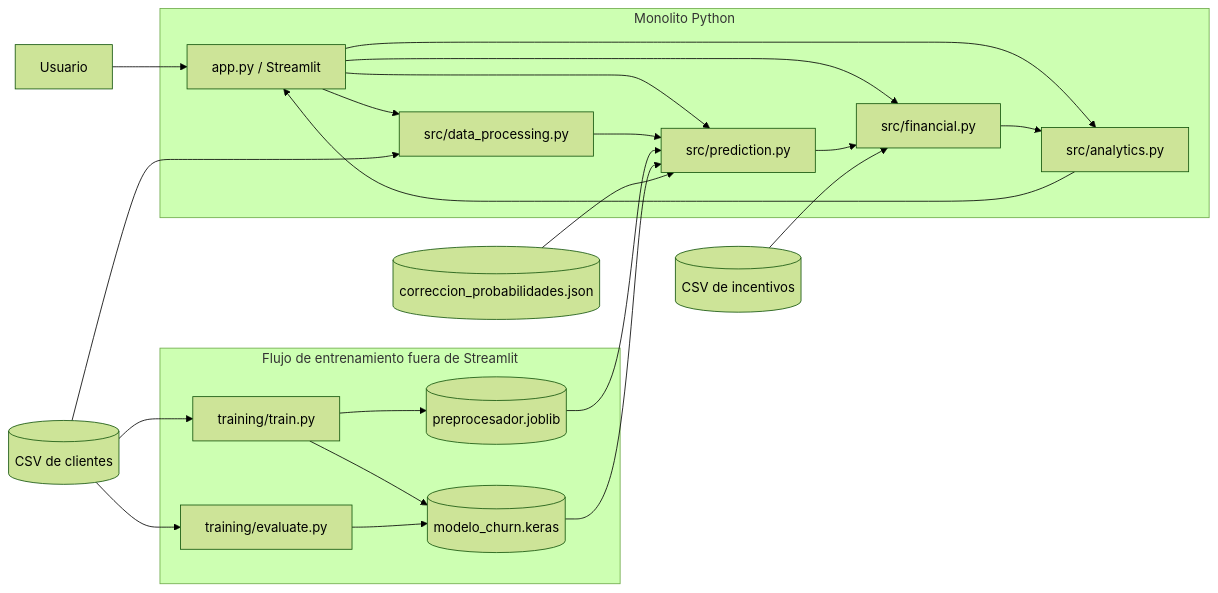
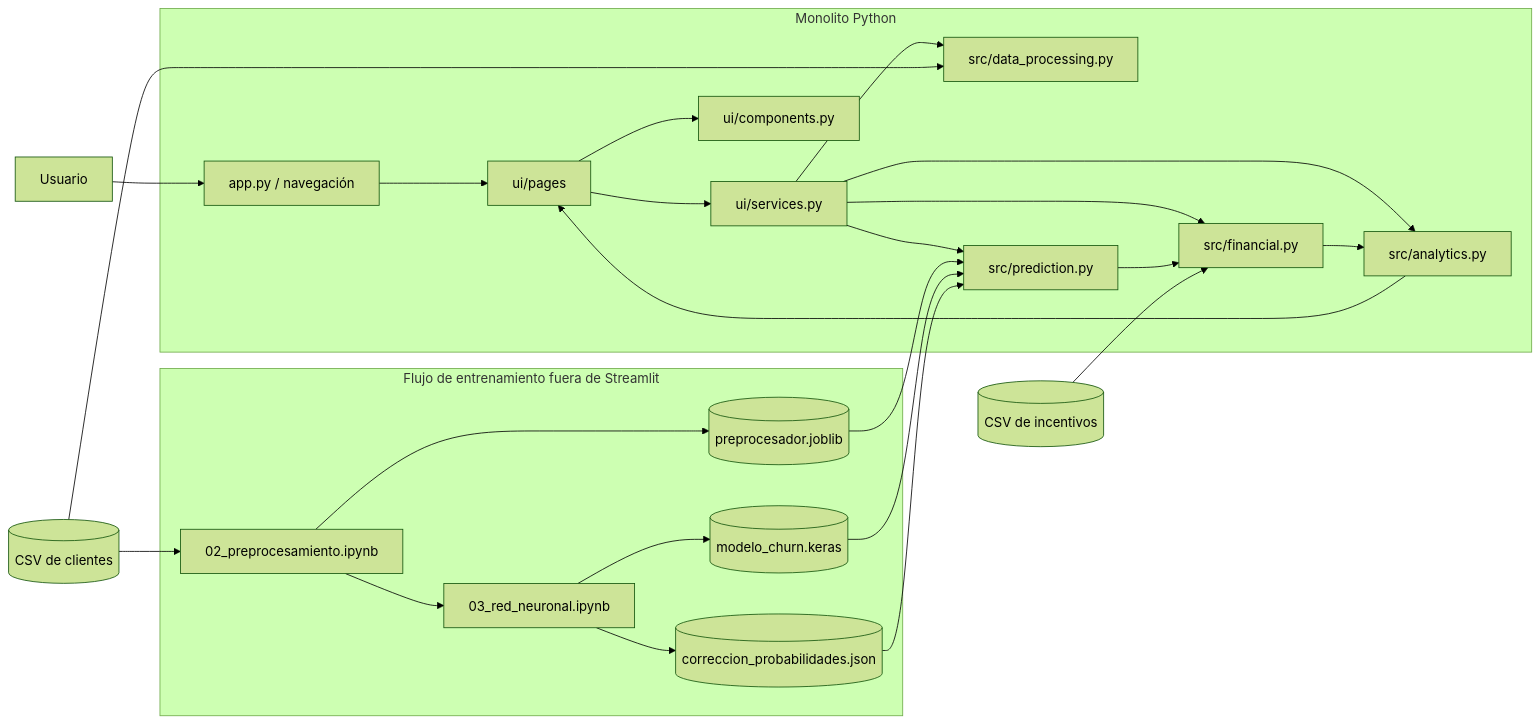
The first of 2 diagrams in docs/architecture.md (An2k24Dm/project-AI), drawn with Mermaid (forest theme) before and after one commit. The commit also changed other lines of this file and 25 other files, not shown here.

````diff
--- a/docs/architecture.md
+++ b/docs/architecture.md
@@ -40,29 +45,31 @@
 ```mermaid
 flowchart LR
-    U[Usuario] --> UI[app.py / Streamlit]
+    U[Usuario] --> APP[app.py / navegación]
 
     subgraph MON[Monolito Python]
-        UI --> DP[src/data_processing.py]
-        UI --> PR[src/prediction.py]
-        UI --> FN[src/financial.py]
-        UI --> AN[src/analytics.py]
-        DP --> PR
+        APP --> PAGES[ui/pages]
+        PAGES --> SVC[ui/services.py]
+        PAGES --> CMP[ui/components.py]
+        SVC --> DP[src/data_processing.py]
+        SVC --> PR[src/prediction.py]
+        SVC --> FN[src/financial.py]
+        SVC --> AN[src/analytics.py]
         PR --> FN
         FN --> AN
     end
 
     DC[(CSV de clientes)] --> DP
     IC[(CSV de incentivos)] --> FN
     PP[(preprocesador.joblib)] --> PR
     NN[(modelo_churn.keras)] --> PR
     CP[(correccion_probabilidades.json)] --> PR
-    AN --> UI
+    AN --> PAGES
 
     subgraph OFF[Flujo de entrenamiento fuera de Streamlit]
-        TR[training/train.py] --> PP
-        TR --> NN
-        EV[training/evaluate.py] --> NN
+        PRE[02_preprocesamiento.ipynb] --> PP
+        RED[03_red_neuronal.ipynb] --> NN
+        RED --> CP
     end
-    DC --> TR
-    DC --> EV
+    DC --> PRE
+    PRE --> RED
 ```
````
